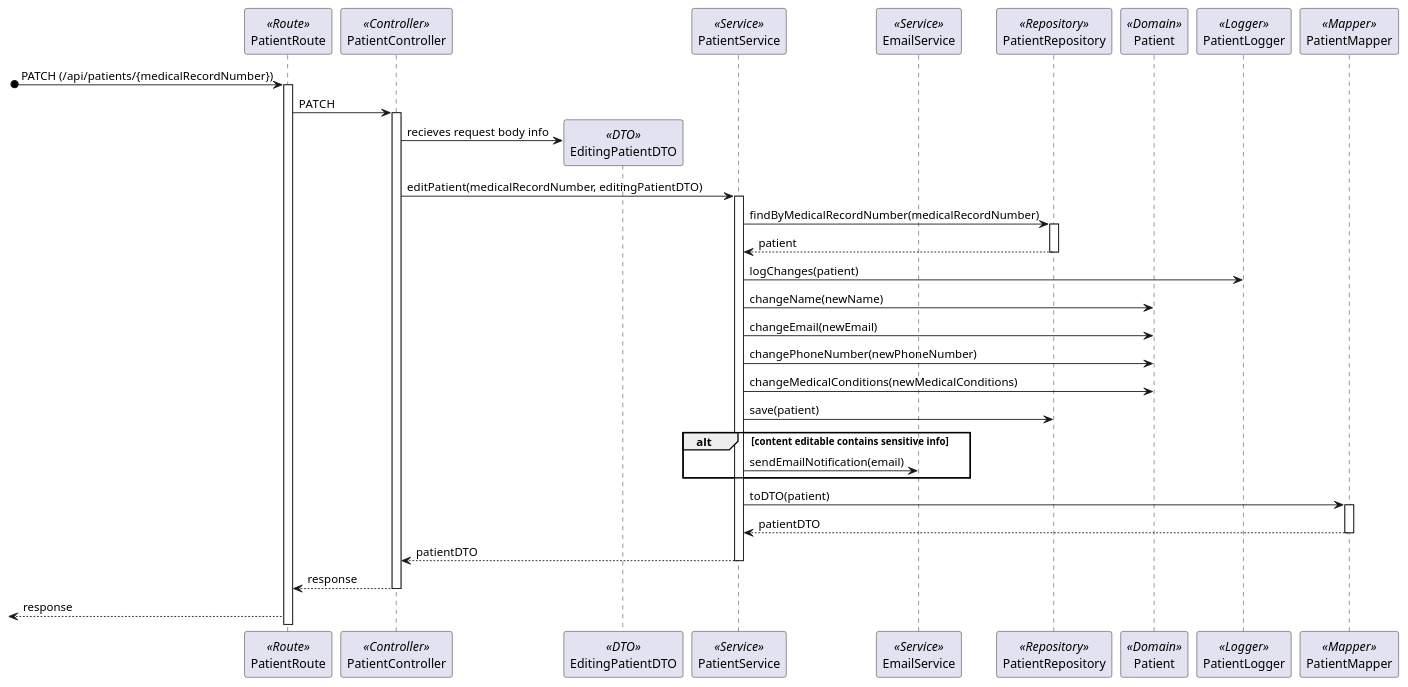
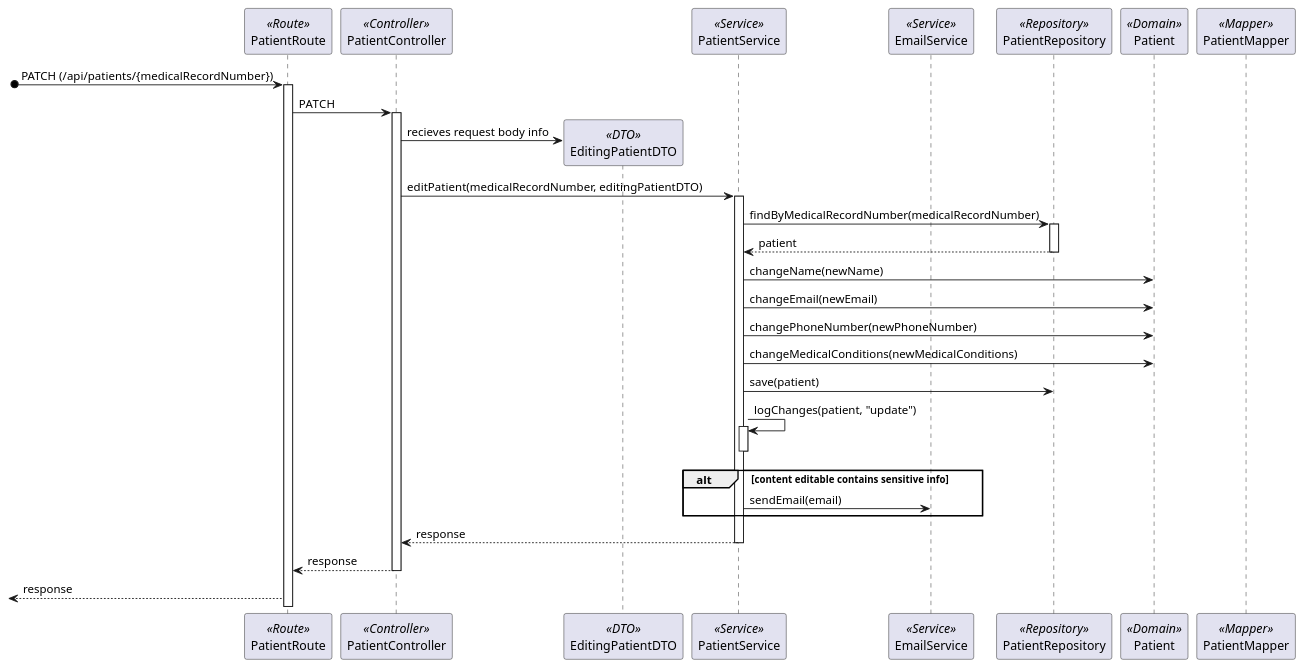
Before and after one commit to Rodrick0209/ISEP-SEM5PI-24-25: the diagram in docs/Sprint_1/US_5.1.9/L3/Process_View.puml, drawn with PlantUML. The commit also changed 15 other files, not shown here.

Commit message:
US 5.1.8-5.1.11 / 5.1.3-5.1.5 All diagrams updated for better compreehension #4 #5 #6 #9 #10 #11 #12

```diff
--- a/docs/Sprint_1/US_5.1.9/L3/Process_View.puml
+++ b/docs/Sprint_1/US_5.1.9/L3/Process_View.puml
@@ -2,39 +2,35 @@
 @startuml Process_View
 participant PatientRoute as Route <<Route>>
 participant PatientController as Controller <<Controller>>
 participant EditingPatientDTO as DTO <<DTO>>
 participant PatientService as Service <<Service>>
 participant EmailService as EmailService <<Service>>
 participant PatientRepository as Repository <<Repository>>
 participant Patient as Domain <<Domain>>
-participant PatientLogger as Logger <<Logger>>
 participant PatientMapper as Mapper <<Mapper>>
 [o-> Route: PATCH (/api/patients/{medicalRecordNumber})
 activate Route
 Route -> Controller : PATCH
 activate Controller
 Controller -> DTO** : recieves request body info
 Controller -> Service : editPatient(medicalRecordNumber, editingPatientDTO)
 activate Service
 Service -> Repository : findByMedicalRecordNumber(medicalRecordNumber)
 activate Repository
 return patient
-Service -> Logger : logChanges(patient)
 Service -> Domain : changeName(newName)
 Service -> Domain : changeEmail(newEmail)
 Service -> Domain : changePhoneNumber(newPhoneNumber)
 Service -> Domain : changeMedicalConditions(newMedicalConditions)
 Service -> Repository : save(patient)
+Service -> Service : logChanges(patient, "update")
+activate Service
+deactivate Service
 alt content editable contains sensitive info
-    Service -> EmailService : sendEmailNotification(email)
+    Service -> EmailService : sendEmail(email)
 end
-Service -> Mapper : toDTO(patient)
-activate Mapper
-return patientDTO
-Service --> Controller : patientDTO
-deactivate Service
-Controller --> Route : response
-deactivate Controller
+return response
+return response
 <-- Route : response
 
 @enduml
```
